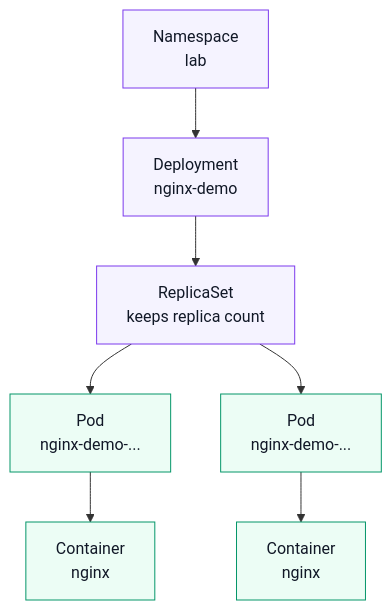
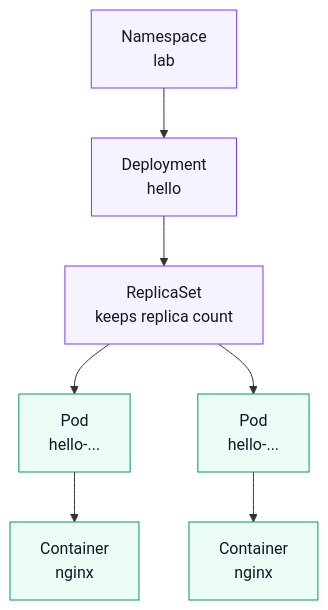
One commit to jimmfan/learn-kubernetes changed the third of 5 diagrams in part-01-local-kubernetes/kubernetes-universe-map.md. Above: the diagram before and after it, drawn with Mermaid. The commit also changed other lines of this file and 4 other files, not shown here.

````diff
--- a/part-01-local-kubernetes/kubernetes-universe-map.md
+++ b/part-01-local-kubernetes/kubernetes-universe-map.md
@@ -115,24 +115,24 @@
 ```mermaid
 flowchart TB
   ns["Namespace<br/>lab"]
-  deploy["Deployment<br/>nginx-demo"]
+  deploy["Deployment<br/>hello"]
   rs["ReplicaSet<br/>keeps replica count"]
-  pod1["Pod<br/>nginx-demo-..."]
-  pod2["Pod<br/>nginx-demo-..."]
+  pod1["Pod<br/>hello-..."]
+  pod2["Pod<br/>hello-..."]
   container1["Container<br/>nginx"]
   container2["Container<br/>nginx"]
 
   ns --> deploy
   deploy --> rs
   rs --> pod1
   rs --> pod2
   pod1 --> container1
   pod2 --> container2
 
   classDef namespaceBox fill:#f5f3ff,stroke:#7c3aed,stroke-width:1px,color:#111827
   classDef podBox fill:#ecfdf5,stroke:#059669,stroke-width:1px,color:#111827
   classDef objectBox fill:#ffffff,stroke:#374151,stroke-width:1px,color:#111827
 
   class ns,deploy,rs namespaceBox
   class pod1,pod2,container1,container2 podBox
 ```
````
